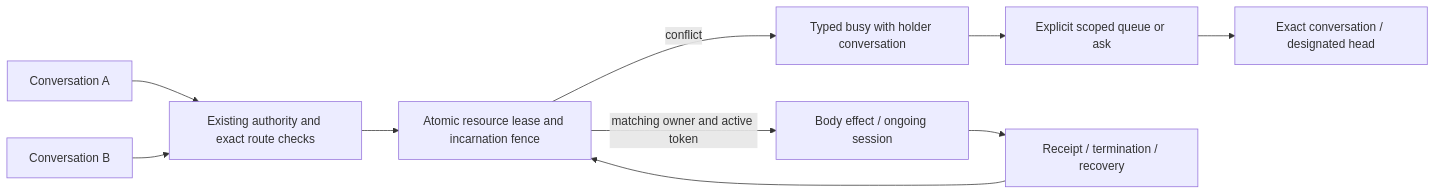
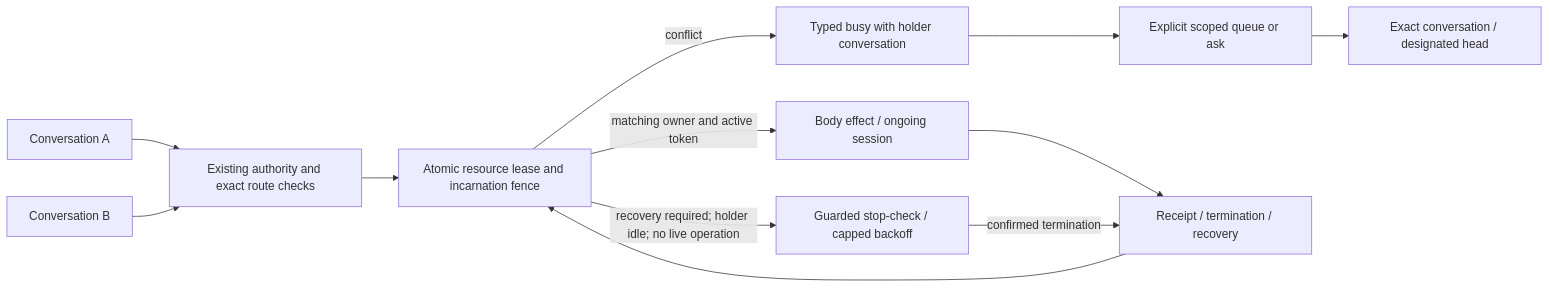
One commit to Volpestyle/clankie changed the diagram in docs/adr/0215-conversations-lease-one-body.md. Above: the diagram before and after it, drawn with Mermaid. The commit also changed other lines of this file and 15 other files, not shown here.

Commit message:
Retry verified recovery for idle body leases (VUH-1752)

````diff
--- a/docs/adr/0215-conversations-lease-one-body.md
+++ b/docs/adr/0215-conversations-lease-one-body.md
@@ -83,12 +93,14 @@
 ```mermaid
 flowchart LR
   A[Conversation A] --> Authority[Existing authority and exact route checks]
   B[Conversation B] --> Authority
   Authority --> Lease[Atomic resource lease and incarnation fence]
   Lease -->|matching owner and active token| Effect[Body effect / ongoing session]
   Lease -->|conflict| Busy[Typed busy with holder conversation]
   Busy --> Request[Explicit scoped queue or ask]
   Request --> Wake[Exact conversation / designated head]
   Effect --> Reconcile[Receipt / termination / recovery]
+  Lease -->|recovery required; holder idle; no live operation| Check[Guarded stop-check / capped backoff]
+  Check -->|confirmed termination| Reconcile
   Reconcile --> Lease
 ```
````
